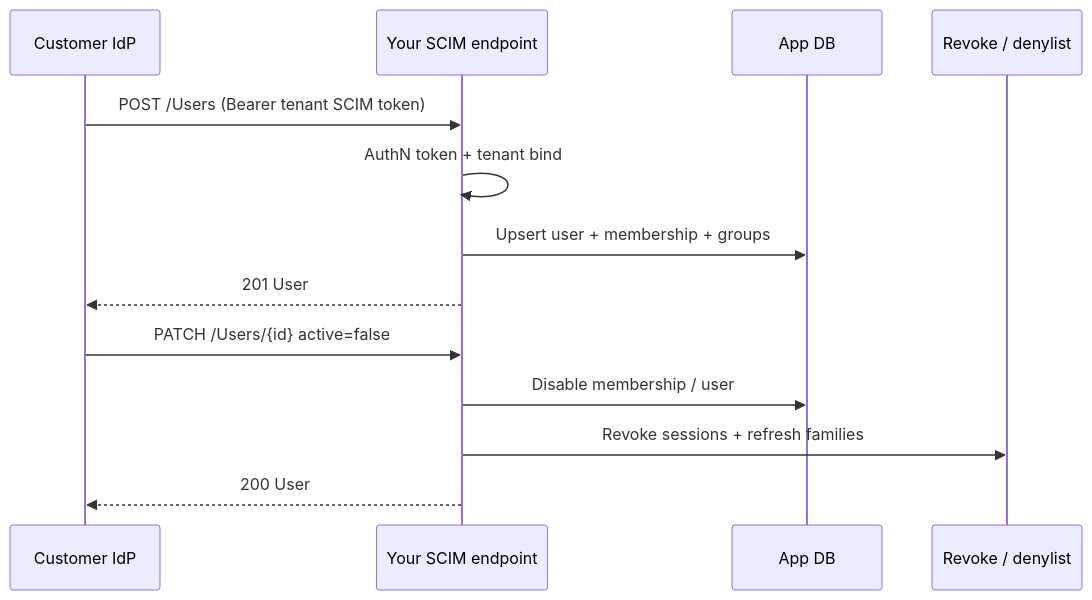
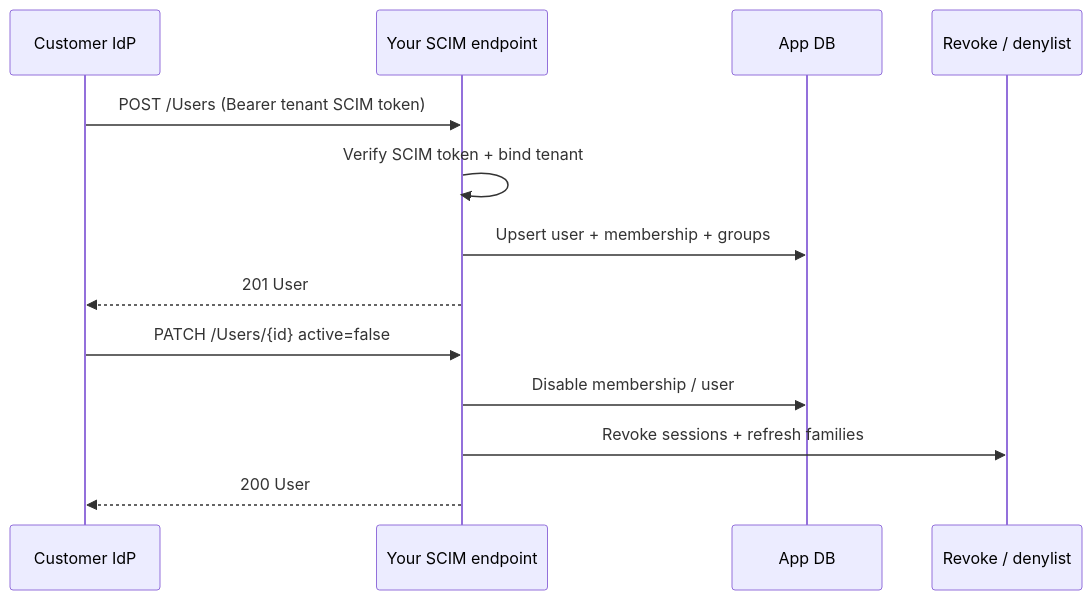
The second of 2 diagrams in api-design-and-protection/includes/12C-scim-and-jml-provisioning.md (steve-duong1991/documents), drawn with Mermaid before and after one commit. The commit also changed other lines of this file and 153 other files, not shown here.

````diff
--- a/api-design-and-protection/includes/12C-scim-and-jml-provisioning.md
+++ b/api-design-and-protection/includes/12C-scim-and-jml-provisioning.md
@@ -86,17 +86,17 @@
 ```mermaid
 sequenceDiagram
     participant IdP as Customer IdP
     participant SCIM as Your SCIM endpoint
     participant DB as App DB
     participant Rev as Revoke / denylist
 
     IdP->>SCIM: POST /Users (Bearer tenant SCIM token)
-    SCIM->>SCIM: AuthN token + tenant bind
+    SCIM->>SCIM: Verify SCIM token + bind tenant
     SCIM->>DB: Upsert user + membership + groups
     SCIM-->>IdP: 201 User
 
     IdP->>SCIM: PATCH /Users/{id} active=false
     SCIM->>DB: Disable membership / user
     SCIM->>Rev: Revoke sessions + refresh families
     SCIM-->>IdP: 200 User
 ```
````
